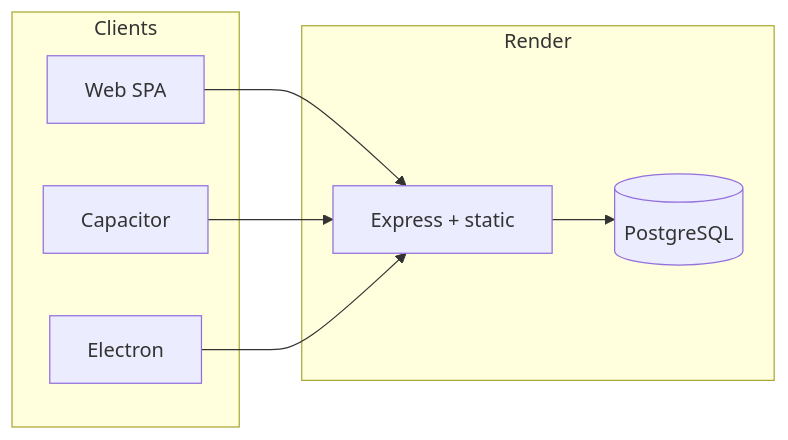
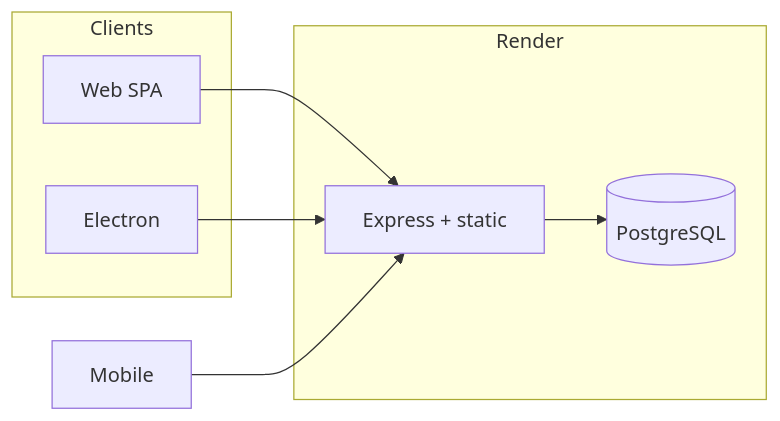
Before and after one commit to prathame/DG-ERP: the diagram in docs/PRODUCTION_AUDIT_REPORT.md, drawn with Mermaid. The commit also changed 65 other files, not shown here.

````diff
--- a/docs/PRODUCTION_AUDIT_REPORT.md
+++ b/docs/PRODUCTION_AUDIT_REPORT.md
@@ -24,16 +24,15 @@
 ```mermaid
 flowchart LR
   subgraph clients [Clients]
     Web[Web SPA]
-    Mobile[Capacitor]
     Elec[Electron]
   end
   subgraph render [Render]
     API[Express + static]
     DB[(PostgreSQL)]
     API --> DB
   end
   Web --> API
   Mobile --> API
   Elec --> API
 ```
````
